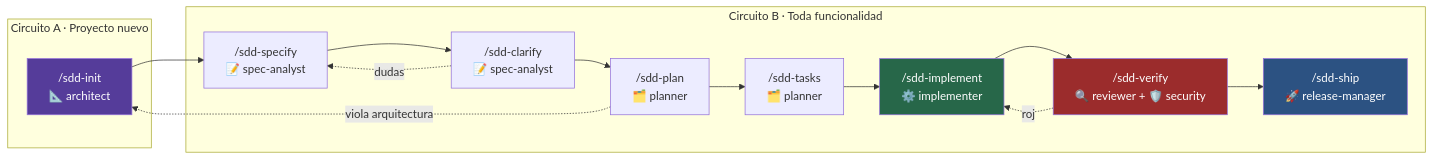
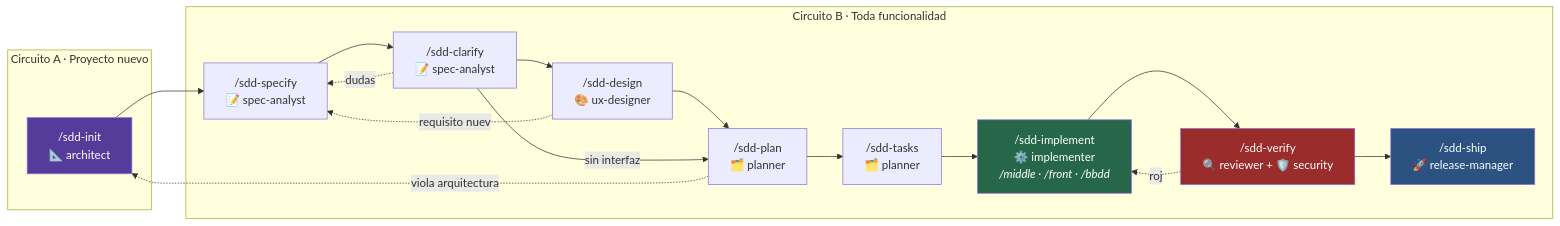
Before and after one commit to jechamo/Estructura_inicial_claude: the first of 4 diagrams in README.md, drawn with Mermaid. The commit also changed other lines of this file and 47 other files, not shown here.

````diff
--- a/README.md
+++ b/README.md
@@ -42,26 +42,29 @@
 ```mermaid
 flowchart LR
     subgraph A["Circuito A · Proyecto nuevo"]
         I["/sdd-init<br/>📐 architect"]
     end
 
     subgraph B["Circuito B · Toda funcionalidad"]
         S["/sdd-specify<br/>📝 spec-analyst"]
         C["/sdd-clarify<br/>📝 spec-analyst"]
+        D["/sdd-design<br/>🎨 ux-designer"]
         P["/sdd-plan<br/>🗂️ planner"]
         T["/sdd-tasks<br/>🗂️ planner"]
-        M["/sdd-implement<br/>⚙️ implementer"]
+        M["/sdd-implement<br/>⚙️ implementer<br/><i>/middle · /front · /bbdd</i>"]
         V["/sdd-verify<br/>🔍 reviewer + 🛡️ security"]
         SH["/sdd-ship<br/>🚀 release-manager"]
     end
 
-    I --> S --> C --> P --> T --> M --> V --> SH
+    I --> S --> C --> D --> P --> T --> M --> V --> SH
+    C -->|sin interfaz| P
     V -.rojo.-> M
     C -.dudas.-> S
+    D -.requisito nuevo.-> S
     P -.viola arquitectura.-> I
 
     style I fill:#553c9a,color:#fff
     style M fill:#276749,color:#fff
     style V fill:#9b2c2c,color:#fff
     style SH fill:#2c5282,color:#fff
 ```
````
